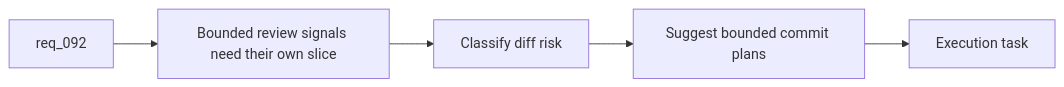
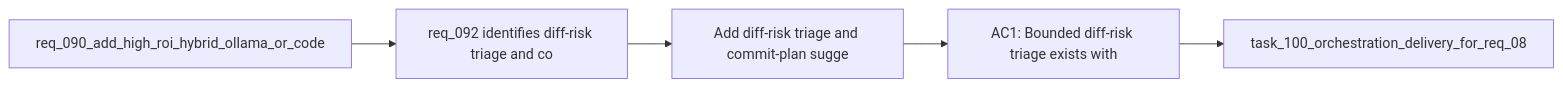
Before and after one commit to AlexAgo83/logics-manager: the diagram in logics/backlog/item_147_add_diff_risk_triage_and_commit_plan_suggestion_flows.md, drawn with Mermaid. The commit also changed 481 other files, not shown here.

````diff
--- a/logics/backlog/item_147_add_diff_risk_triage_and_commit_plan_suggestion_flows.md
+++ b/logics/backlog/item_147_add_diff_risk_triage_and_commit_plan_suggestion_flows.md
@@ -28,9 +28,9 @@
 ```mermaid
 %% logics-kind: backlog
 %% logics-signature: backlog|add-diff-risk-triage-and-commit-plan-sug|req-090-add-high-roi-hybrid-ollama-or-co|req-092-identifies-diff-risk-triage-and-|ac1-bounded-diff-risk-triage-exists-with
 flowchart LR
-    Request[req_092] --> Problem[Bounded review signals need their own slice]
-    Problem --> Risk[Classify diff risk]
-    Risk --> Plan[Suggest bounded commit plans]
-    Plan --> Done[Execution task]
+    Request[req_090_add_high_roi_hybrid_ollama_or_code] --> Problem[req_092 identifies diff-risk triage and co]
+    Problem --> Scope[Add diff-risk triage and commit-plan sugge]
+    Scope --> Acceptance[AC1: Bounded diff-risk triage exists with]
+    Acceptance --> Tasks[task_100_orchestration_delivery_for_req_08]
 ```
````
